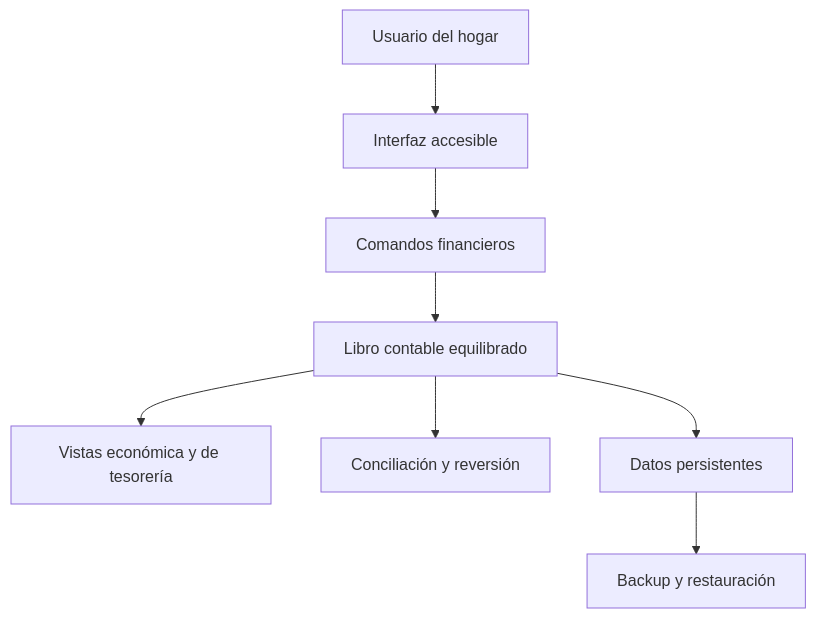
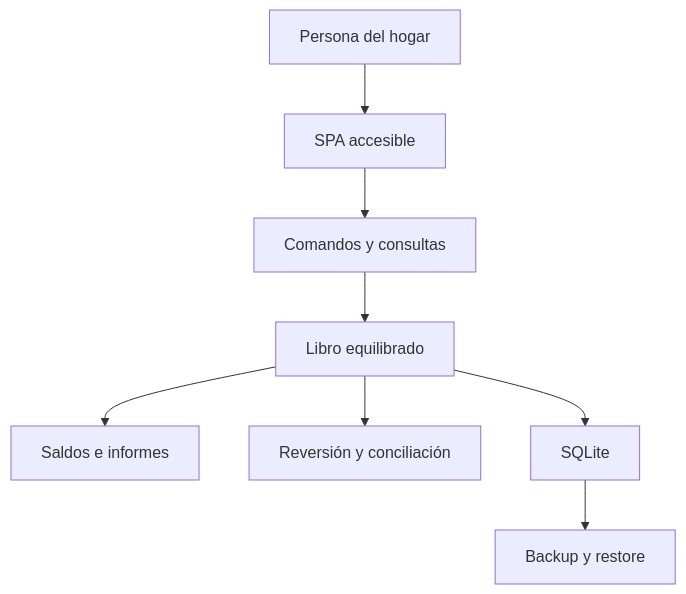
The first of 2 diagrams in .ai-engineering/solution-intent.md (daniabe98/personalFinance-public), drawn with Mermaid before and after one commit. The commit also changed other lines of this file and 42 other files, not shown here.

````diff
--- a/.ai-engineering/solution-intent.md
+++ b/.ai-engineering/solution-intent.md
@@ -54,10 +38,10 @@
 ```mermaid
 flowchart TB
-    U["Usuario del hogar"] --> UI["Interfaz accesible"]
-    UI --> CMD["Comandos financieros"]
-    CMD --> LEDGER["Libro contable equilibrado"]
-    LEDGER --> VIEWS["Vistas económica y de tesorería"]
-    LEDGER --> RECON["Conciliación y reversión"]
-    LEDGER --> DB["Datos persistentes"]
-    DB --> BACKUP["Backup y restauración"]
+    U["Persona del hogar"] --> UI["SPA accesible"]
+    UI --> API["Comandos y consultas"]
+    API --> L["Libro equilibrado"]
+    L --> V["Saldos e informes"]
+    L --> R["Reversión y conciliación"]
+    L --> DB["SQLite"]
+    DB --> B["Backup y restore"]
 ```
````
